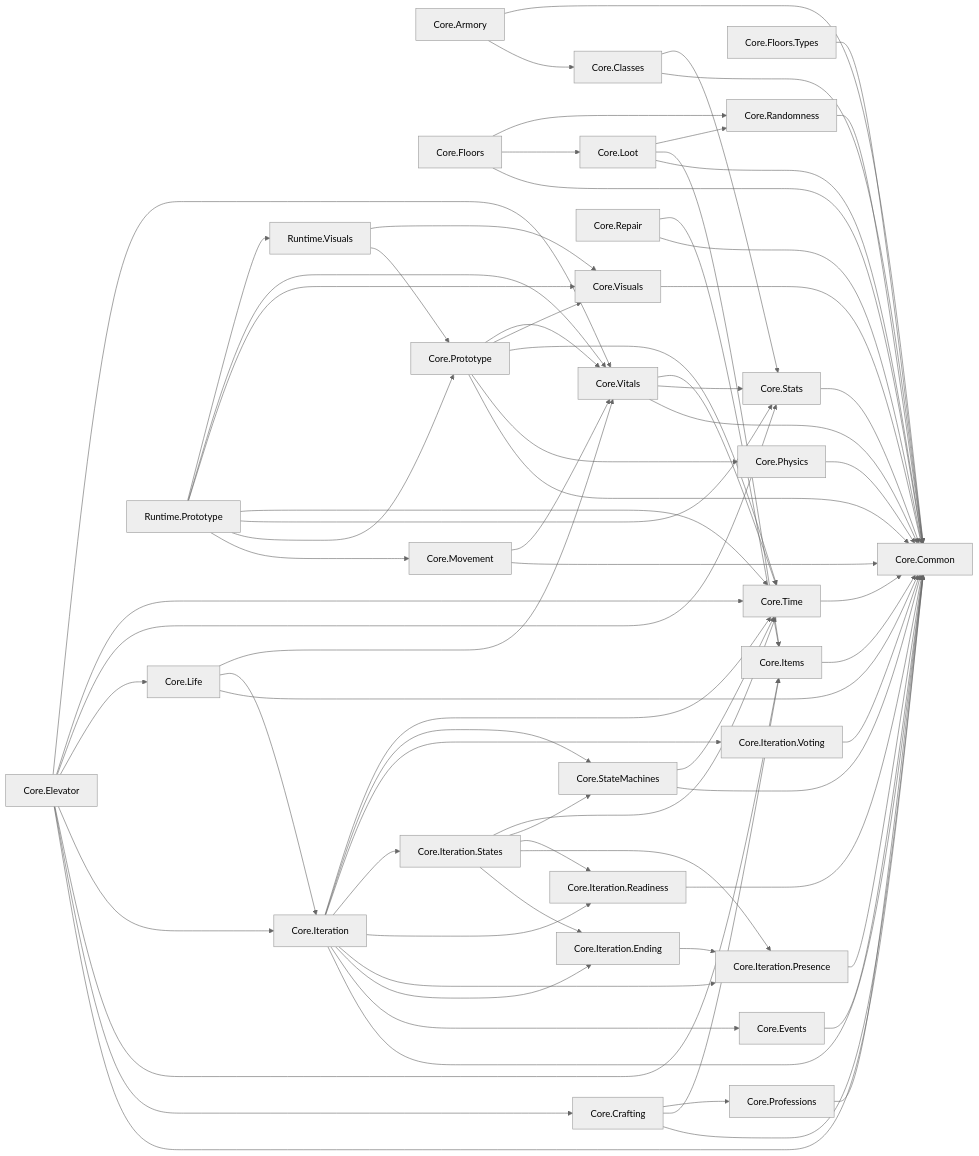
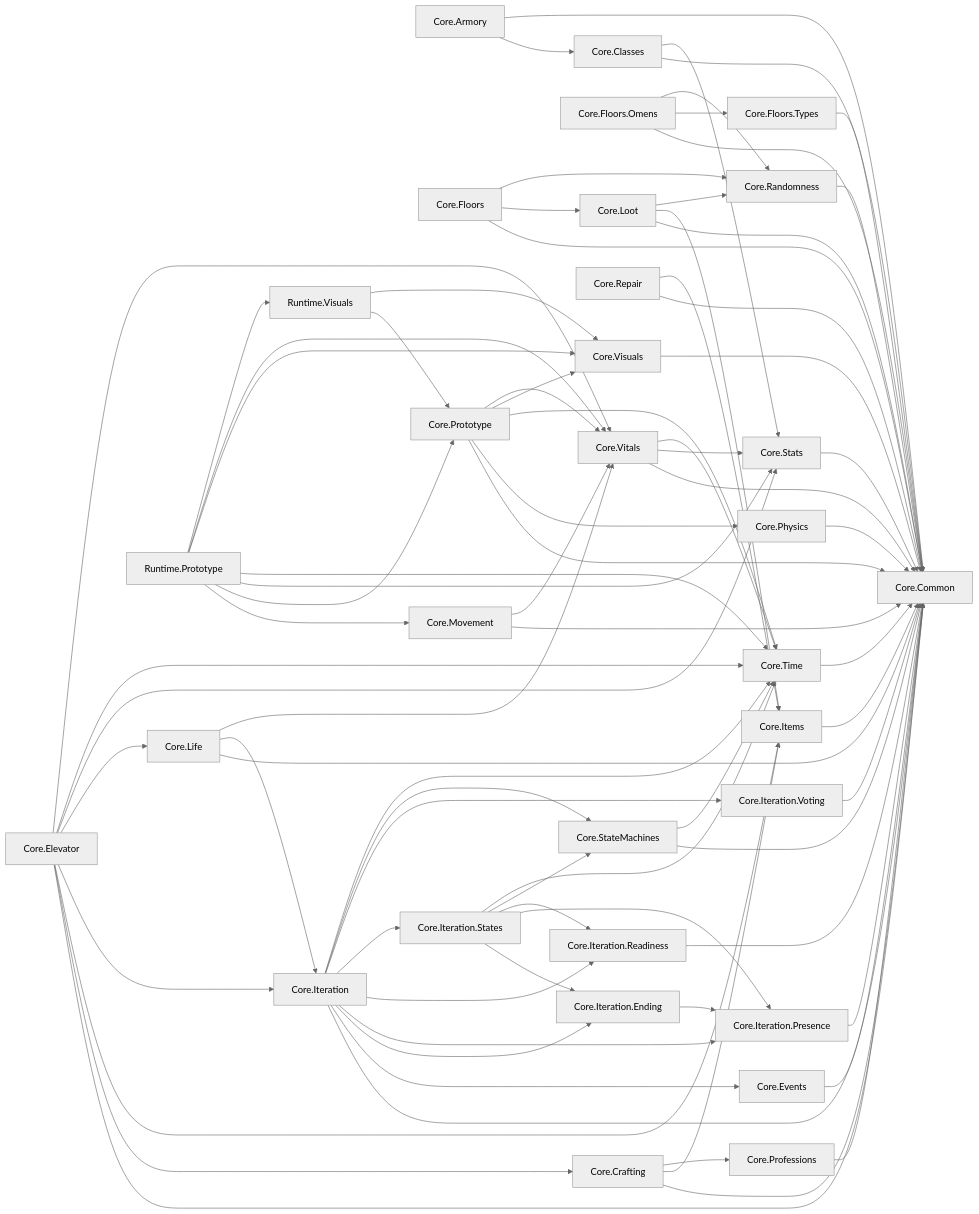
Before and after one commit to LazaroPol/Acensor: the diagram in docs/arquitectura/MODULOS.md, drawn with Mermaid (neutral theme). The commit also changed other lines of this file and 15 other files, not shown here.

````diff
--- a/docs/arquitectura/MODULOS.md
+++ b/docs/arquitectura/MODULOS.md
@@ -42,62 +43,64 @@
 ```mermaid
 flowchart LR
   n0["Core.Armory"]
   n1["Core.Classes"]
   n2["Core.Common"]
   n3["Core.Crafting"]
   n4["Core.Elevator"]
   n5["Core.Events"]
   n6["Core.Floors"]
-  n7["Core.Floors.Types"]
-  n8["Core.Items"]
-  n9["Core.Iteration"]
-  n10["Core.Iteration.Ending"]
-  n11["Core.Iteration.Presence"]
-  n12["Core.Iteration.Readiness"]
-  n13["Core.Iteration.States"]
-  n14["Core.Iteration.Voting"]
-  n15["Core.Life"]
-  n16["Core.Loot"]
-  n17["Core.Movement"]
-  n18["Core.Physics"]
-  n19["Core.Professions"]
-  n20["Core.Prototype"]
-  n21["Core.Randomness"]
-  n22["Core.Repair"]
-  n23["Core.StateMachines"]
-  n24["Core.Stats"]
-  n25["Core.Time"]
-  n26["Core.Visuals"]
-  n27["Core.Vitals"]
-  n28["Runtime.Prototype"]
-  n29["Runtime.Visuals"]
+  n7["Core.Floors.Omens"]
+  n8["Core.Floors.Types"]
+  n9["Core.Items"]
+  n10["Core.Iteration"]
+  n11["Core.Iteration.Ending"]
+  n12["Core.Iteration.Presence"]
+  n13["Core.Iteration.Readiness"]
+  n14["Core.Iteration.States"]
+  n15["Core.Iteration.Voting"]
+  n16["Core.Life"]
+  n17["Core.Loot"]
+  n18["Core.Movement"]
+  n19["Core.Physics"]
+  n20["Core.Professions"]
+  n21["Core.Prototype"]
+  n22["Core.Randomness"]
+  n23["Core.Repair"]
+  n24["Core.StateMachines"]
+  n25["Core.Stats"]
+  n26["Core.Time"]
+  n27["Core.Visuals"]
+  n28["Core.Vitals"]
+  n29["Runtime.Prototype"]
+  n30["Runtime.Visuals"]
   n0 --> n1 & n2
-  n1 --> n2 & n24
-  n3 --> n2 & n8 & n19
-  n4 --> n2 & n3 & n8 & n9 & n15 & n24 & n25 & n27
+  n1 --> n2 & n25
+  n3 --> n2 & n9 & n20
+  n4 --> n2 & n3 & n9 & n10 & n16 & n25 & n26 & n28
   n5 --> n2
-  n6 --> n2 & n16 & n21
-  n7 --> n2
+  n6 --> n2 & n17 & n22
+  n7 --> n2 & n8 & n22
   n8 --> n2
-  n9 --> n2 & n5 & n10 & n11 & n12 & n13 & n14 & n23 & n25
-  n10 --> n11
-  n11 --> n2
+  n9 --> n2
+  n10 --> n2 & n5 & n11 & n12 & n13 & n14 & n15 & n24 & n26
+  n11 --> n12
   n12 --> n2
-  n13 --> n10 & n11 & n12 & n23 & n25
-  n14 --> n2
-  n15 --> n2 & n9 & n27
-  n16 --> n2 & n8 & n21
-  n17 --> n2 & n27
-  n18 --> n2
+  n13 --> n2
+  n14 --> n11 & n12 & n13 & n24 & n26
+  n15 --> n2
+  n16 --> n2 & n10 & n28
+  n17 --> n2 & n9 & n22
+  n18 --> n2 & n28
   n19 --> n2
-  n20 --> n2 & n18 & n25 & n26 & n27
-  n21 --> n2
-  n22 --> n2 & n8
-  n23 --> n2 & n25
-  n24 --> n2
+  n20 --> n2
+  n21 --> n2 & n19 & n26 & n27 & n28
+  n22 --> n2
+  n23 --> n2 & n9
+  n24 --> n2 & n26
   n25 --> n2
   n26 --> n2
-  n27 --> n2 & n24 & n25
-  n28 --> n17 & n20 & n24 & n25 & n26 & n27 & n29
-  n29 --> n20 & n26
+  n27 --> n2
+  n28 --> n2 & n25 & n26
+  n29 --> n18 & n21 & n25 & n26 & n27 & n28 & n30
+  n30 --> n21 & n27
 ```
````
